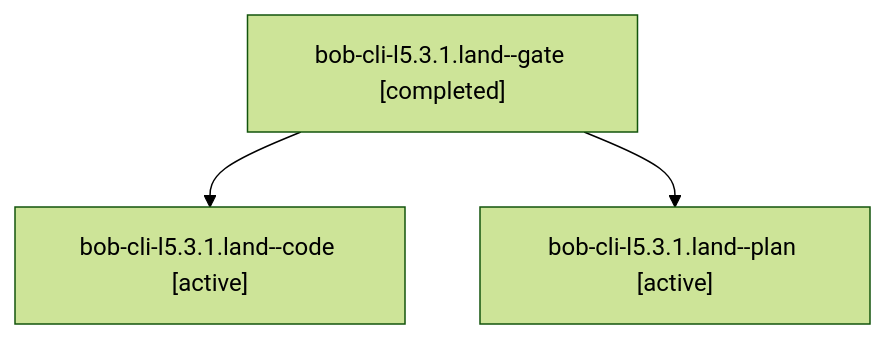
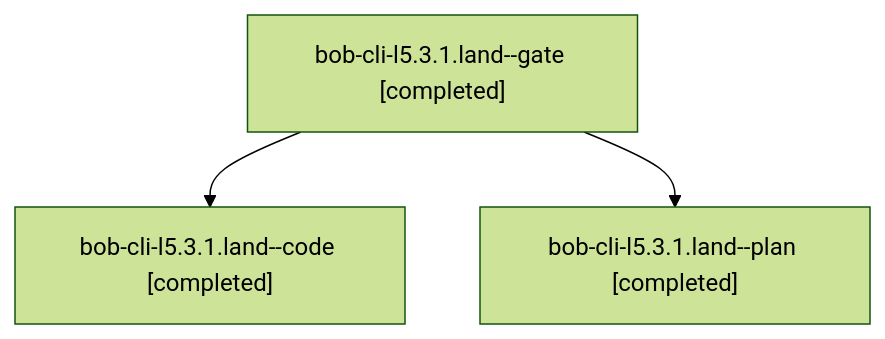
One commit to bobs-org/bob-cli--agents changed the diagram in sessions/bbugyi200.athena.bob-cli-l5.3.1.land.md. Above: the diagram before and after it, drawn with Mermaid (forest theme). The commit also changed other lines of this file and 50 other files, not shown here.

````diff
--- a/sessions/bbugyi200.athena.bob-cli-l5.3.1.land.md
+++ b/sessions/bbugyi200.athena.bob-cli-l5.3.1.land.md
@@ -9,8 +9,8 @@
 ```mermaid
 flowchart TD
   n0["bob-cli-l5.3.1.land--gate [completed]"]
-  n1["bob-cli-l5.3.1.land--code [active]"]
+  n1["bob-cli-l5.3.1.land--code [completed]"]
   n0 --> n1
-  n2["bob-cli-l5.3.1.land--plan [active]"]
+  n2["bob-cli-l5.3.1.land--plan [completed]"]
   n0 --> n2
 ```
````
